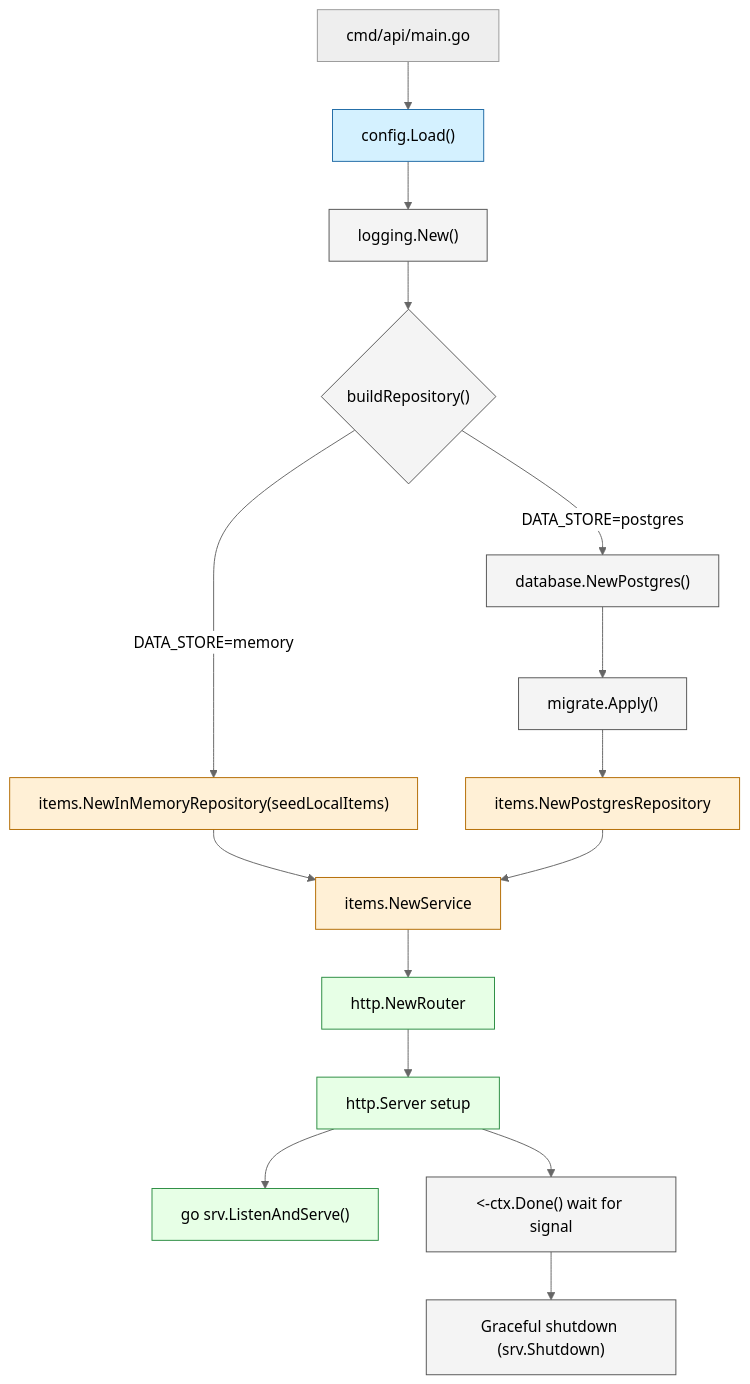
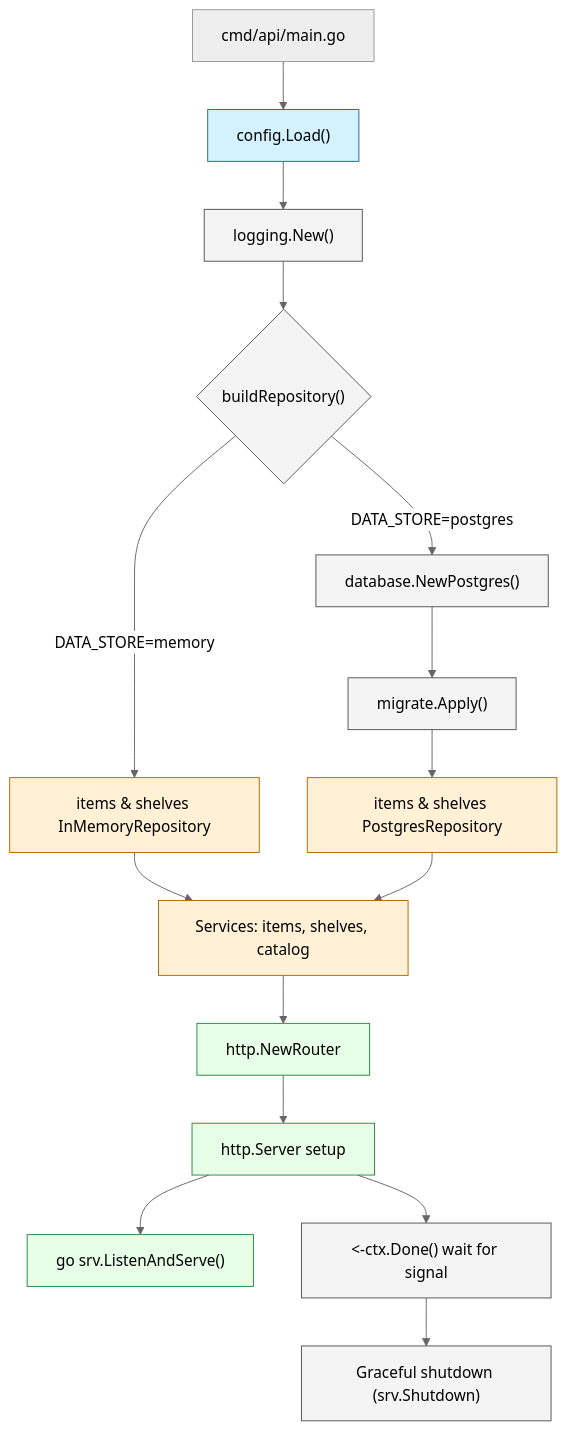
One commit to drywaters/anthology changed the diagram in docs/architecture/go-startup.md. Above: the diagram before and after it, drawn with Mermaid (neutral theme). The commit also changed other lines of this file and 4 other files, not shown here.

````diff
--- a/docs/architecture/go-startup.md
+++ b/docs/architecture/go-startup.md
@@ -3,22 +3,22 @@
 ```mermaid
 flowchart TD
   A["cmd/api/main.go"] --> B["config.Load()"]:::config
   B --> C["logging.New()"]:::infra
   C --> D{"buildRepository()"}:::infra
-  D -->|DATA_STORE=memory| E["items.NewInMemoryRepository(seedLocalItems)"]:::domain
+  D -->|DATA_STORE=memory| E["items & shelves InMemoryRepository"]:::domain
   D -->|DATA_STORE=postgres| F["database.NewPostgres()"]:::infra
   F --> G["migrate.Apply()"]:::infra
-  G --> H["items.NewPostgresRepository"]:::domain
-  E --> I["items.NewService"]:::domain
+  G --> H["items & shelves PostgresRepository"]:::domain
+  E --> I["Services: items, shelves, catalog"]:::domain
   H --> I
   I --> J["http.NewRouter"]:::transport
   J --> K["http.Server setup"]:::transport
   K --> L["go srv.ListenAndServe()"]:::transport
   K --> M["&lt;-ctx.Done() wait for signal"]:::infra
   M --> N["Graceful shutdown (srv.Shutdown)"]:::infra
 
   classDef config fill:#d4f1ff,stroke:#1f6aa5,color:#000;
   classDef infra fill:#f4f4f4,stroke:#555,color:#000;
   classDef domain fill:#fff0d6,stroke:#b36b00,color:#000;
   classDef transport fill:#e7ffe6,stroke:#2a8c41,color:#000;
 ```
````
